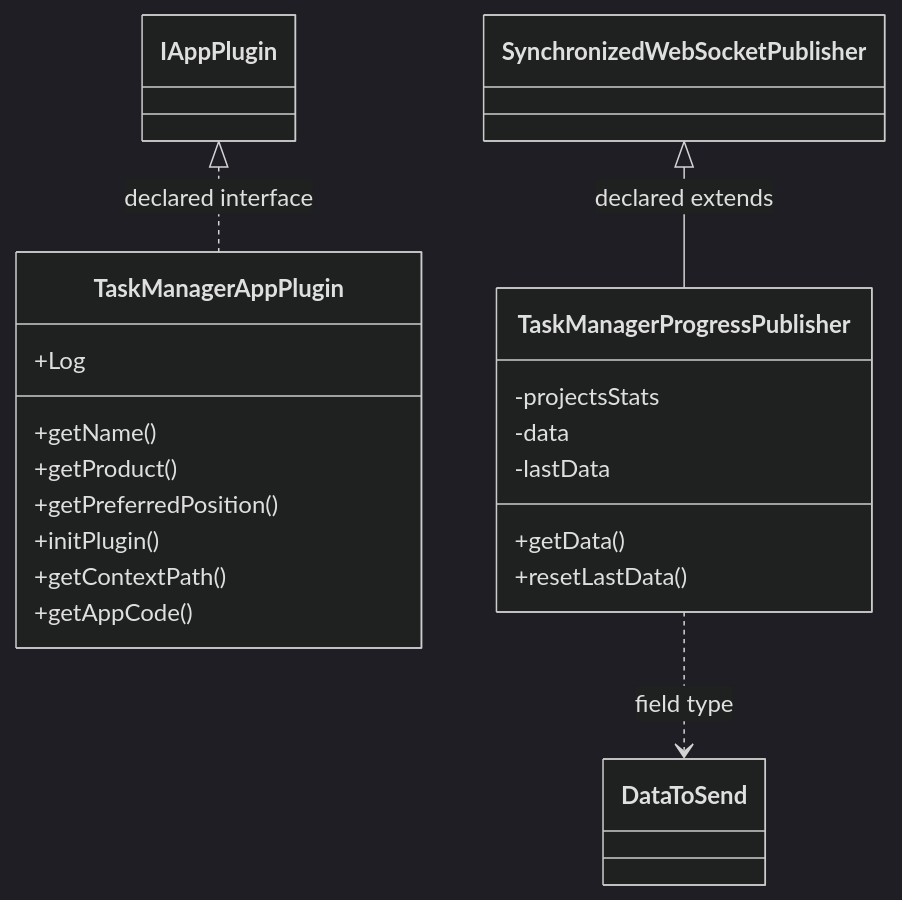
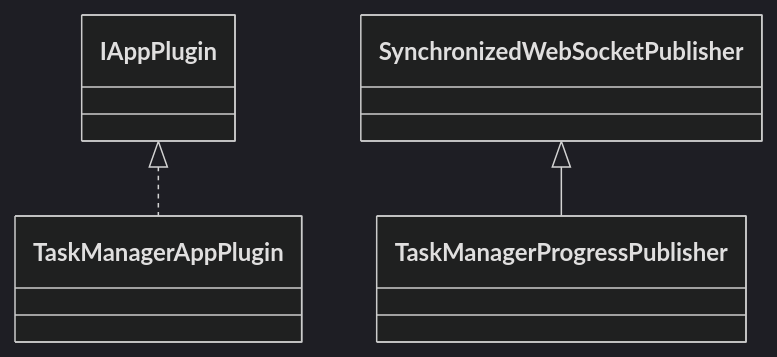
One commit to haruperi/HaruQuantAI changed the diagram in docs/sqx/CustomProjects/AppTaskManager.md. Above: the diagram before and after it, drawn with Mermaid (dark theme). The commit also changed other lines of this file and 1688 other files, not shown here.

````diff
--- a/docs/sqx/CustomProjects/AppTaskManager.md
+++ b/docs/sqx/CustomProjects/AppTaskManager.md
@@ -30,25 +26,9 @@
 ```mermaid
 classDiagram
-    class C3a3aec5f5d21["TaskManagerAppPlugin"] {
-        +Log
-        +getName()
-        +getProduct()
-        +getPreferredPosition()
-        +initPlugin()
-        +getContextPath()
-        +getAppCode()
-    }
-    class Cee9df49f0126["TaskManagerProgressPublisher"] {
-        -projectsStats
-        -data
-        -lastData
-        +getData()
-        +resetLastData()
-    }
-    class C71ae2af47347["IAppPlugin"]
-    class C6128eed56b6d["DataToSend"]
-    class Ce87cf9854aad["SynchronizedWebSocketPublisher"]
-    C71ae2af47347 <|.. C3a3aec5f5d21 : declared interface
-    Ce87cf9854aad <|-- Cee9df49f0126 : declared extends
-    Cee9df49f0126 ..> C6128eed56b6d : field type
+    class C0["TaskManagerAppPlugin"]
+    class C1["TaskManagerProgressPublisher"]
+    class E0["IAppPlugin"]
+    E0 <|.. C0
+    class E1["SynchronizedWebSocketPublisher"]
+    E1 <|-- C1
 ```
````
